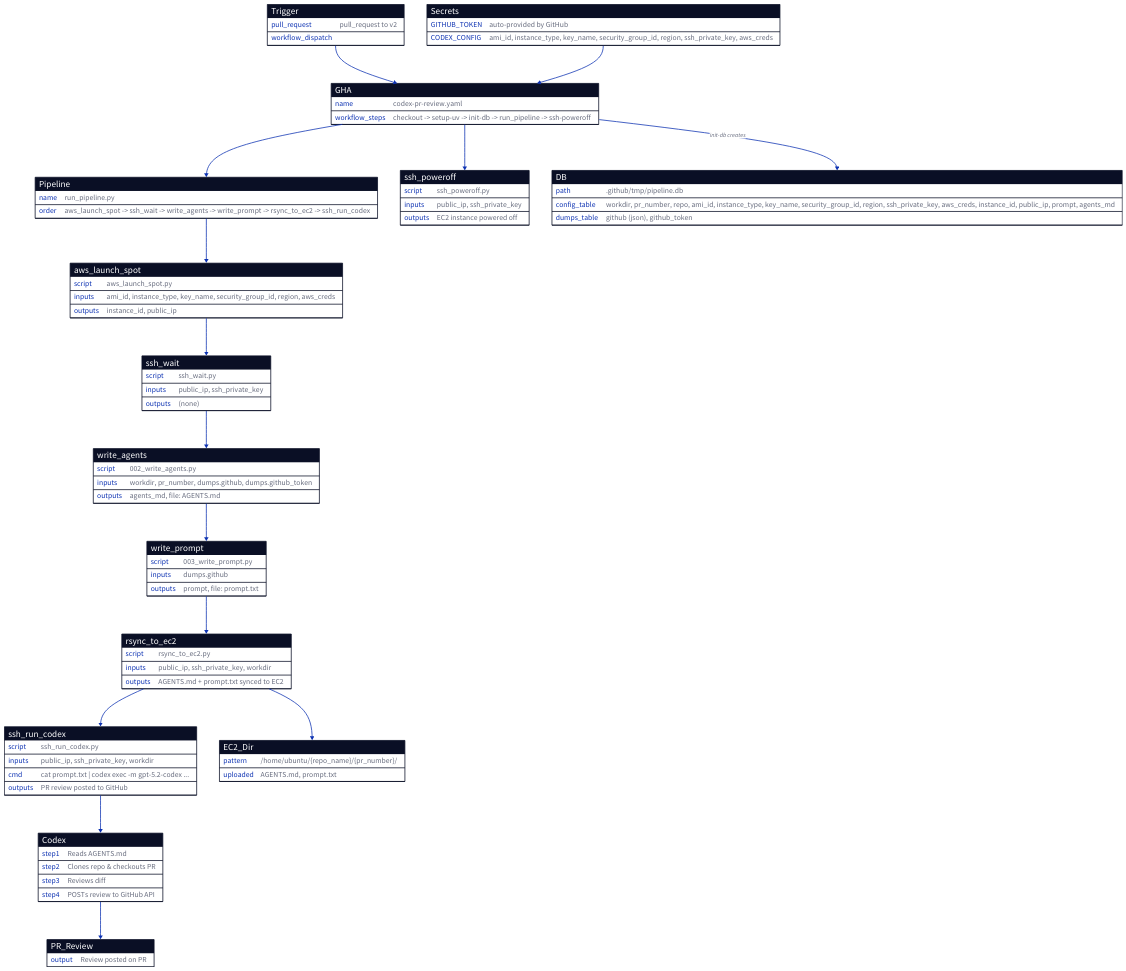
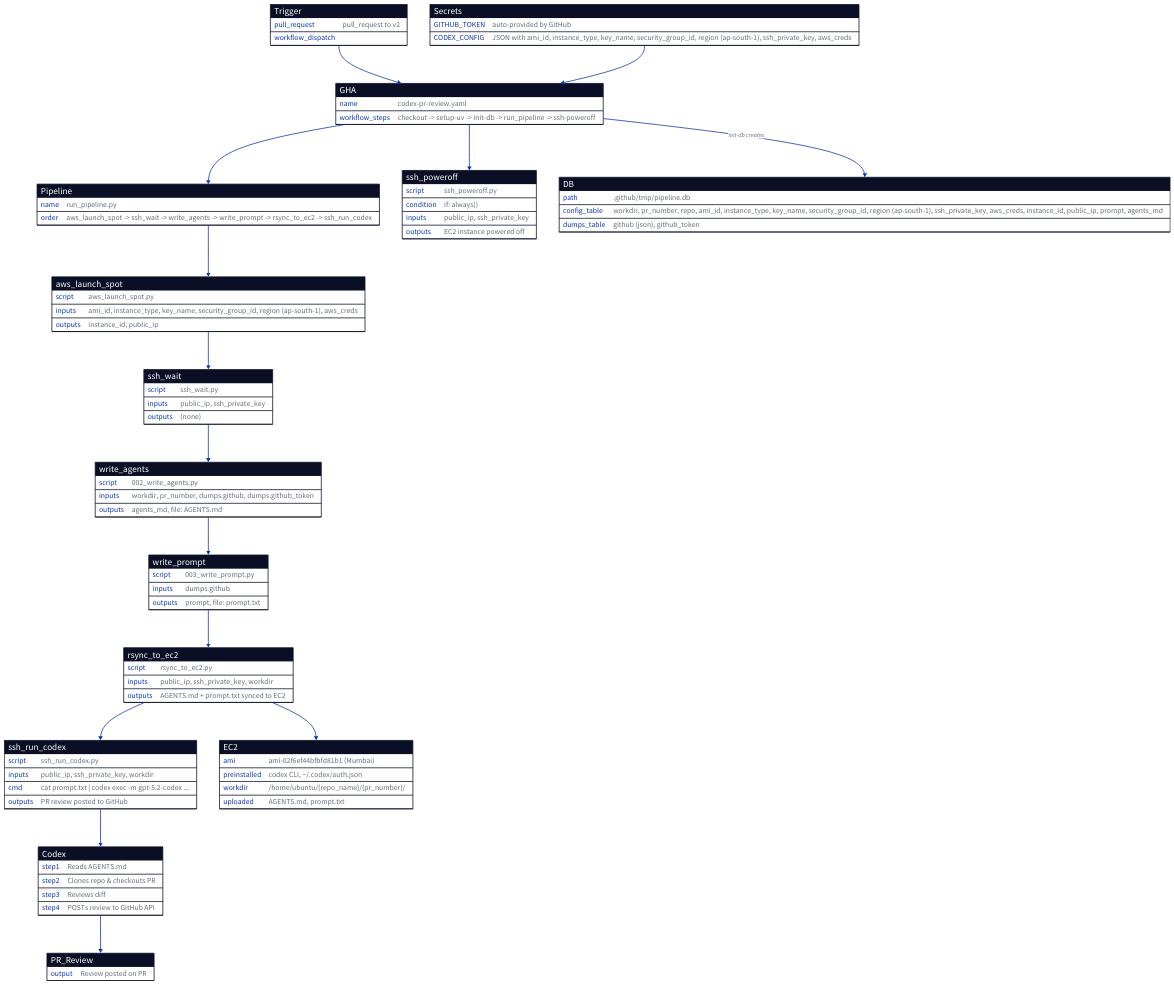
Before and after one commit to fossh/codex-code-review-poc1: the diagram in flow_diagrams/prod_flow.d2, drawn with D2. The commit also changed 1 other file, not shown here.

Commit message:
Update D2: Mumbai region, pre-baked AMI, if:always() condition

```diff
--- a/flow_diagrams/prod_flow.d2
+++ b/flow_diagrams/prod_flow.d2
@@ -1,126 +1,129 @@
 direction: down
 
 # Trigger Events
 Trigger: {
   shape: sql_table
   pull_request: "pull_request to v2"
   workflow_dispatch: "workflow_dispatch"
 }
 
 # GitHub Actions Workflow
 GHA: {
   shape: sql_table
   name: "codex-pr-review.yaml"
   workflow_steps: "checkout -> setup-uv -> init-db -> run_pipeline -> ssh-poweroff"
 }
 
 Trigger -> GHA
 
 # Secrets
 Secrets: {
   shape: sql_table
   GITHUB_TOKEN: "auto-provided by GitHub"
-  CODEX_CONFIG: "ami_id, instance_type, key_name, security_group_id, region, ssh_private_key, aws_creds"
+  CODEX_CONFIG: "JSON with ami_id, instance_type, key_name, security_group_id, region (ap-south-1), ssh_private_key, aws_creds"
 }
 
 Secrets -> GHA
 
 # Pipeline Scripts
 Pipeline: {
   shape: sql_table
   name: "run_pipeline.py"
   order: "aws_launch_spot -> ssh_wait -> write_agents -> write_prompt -> rsync_to_ec2 -> ssh_run_codex"
 }
 
 aws_launch_spot: {
   shape: sql_table
   script: "aws_launch_spot.py"
-  inputs: "ami_id, instance_type, key_name, security_group_id, region, aws_creds"
+  inputs: "ami_id, instance_type, key_name, security_group_id, region (ap-south-1), aws_creds"
   outputs: "instance_id, public_ip"
 }
 
 ssh_wait: {
   shape: sql_table
   script: "ssh_wait.py"
   inputs: "public_ip, ssh_private_key"
   outputs: "(none)"
 }
 
 write_agents: {
   shape: sql_table
   script: "002_write_agents.py"
   inputs: "workdir, pr_number, dumps.github, dumps.github_token"
   outputs: "agents_md, file: AGENTS.md"
 }
 
 write_prompt: {
   shape: sql_table
   script: "003_write_prompt.py"
   inputs: "dumps.github"
   outputs: "prompt, file: prompt.txt"
 }
 
 rsync_to_ec2: {
   shape: sql_table
   script: "rsync_to_ec2.py"
   inputs: "public_ip, ssh_private_key, workdir"
   outputs: "AGENTS.md + prompt.txt synced to EC2"
 }
 
 ssh_run_codex: {
   shape: sql_table
   script: "ssh_run_codex.py"
   inputs: "public_ip, ssh_private_key, workdir"
   cmd: "cat prompt.txt | codex exec -m gpt-5.2-codex ..."
   outputs: "PR review posted to GitHub"
 }
 
 ssh_poweroff: {
   shape: sql_table
   script: "ssh_poweroff.py"
+  condition: "if: always()"
   inputs: "public_ip, ssh_private_key"
   outputs: "EC2 instance powered off"
 }
 
 GHA -> Pipeline
 Pipeline -> aws_launch_spot -> ssh_wait -> write_agents -> write_prompt
 write_prompt -> rsync_to_ec2 -> ssh_run_codex
 GHA -> ssh_poweroff
 
 # SQLite DB
 DB: {
   shape: sql_table
   path: ".github/tmp/pipeline.db"
-  config_table: "workdir, pr_number, repo, ami_id, instance_type, key_name, security_group_id, region, ssh_private_key, aws_creds, instance_id, public_ip, prompt, agents_md"
+  config_table: "workdir, pr_number, repo, ami_id, instance_type, key_name, security_group_id, region (ap-south-1), ssh_private_key, aws_creds, instance_id, public_ip, prompt, agents_md"
   dumps_table: "github (json), github_token"
 }
 
 GHA -> DB: "init-db creates"
 
-# EC2 Directory
-EC2_Dir: {
+# EC2 Instance (pre-baked AMI)
+EC2: {
   shape: sql_table
-  pattern: "/home/ubuntu/{repo_name}/{pr_number}/"
+  ami: "ami-02f6ef44bfbfd81b1 (Mumbai)"
+  preinstalled: "codex CLI, ~/.codex/auth.json"
+  workdir: "/home/ubuntu/{repo_name}/{pr_number}/"
   uploaded: "AGENTS.md, prompt.txt"
 }
 
-rsync_to_ec2 -> EC2_Dir
+rsync_to_ec2 -> EC2
 
 # Codex Actions
 Codex: {
   shape: sql_table
   step1: "Reads AGENTS.md"
   step2: "Clones repo & checkouts PR"
   step3: "Reviews diff"
   step4: "POSTs review to GitHub API"
 }
 
 ssh_run_codex -> Codex
 
 # Final Output
 PR_Review: {
   shape: sql_table
   output: "Review posted on PR"
 }
 
 Codex -> PR_Review
```
